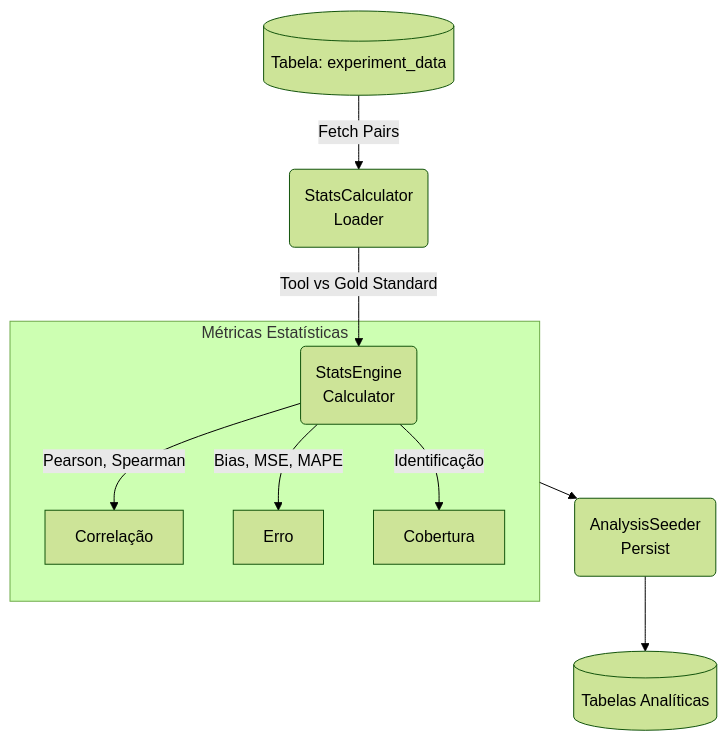
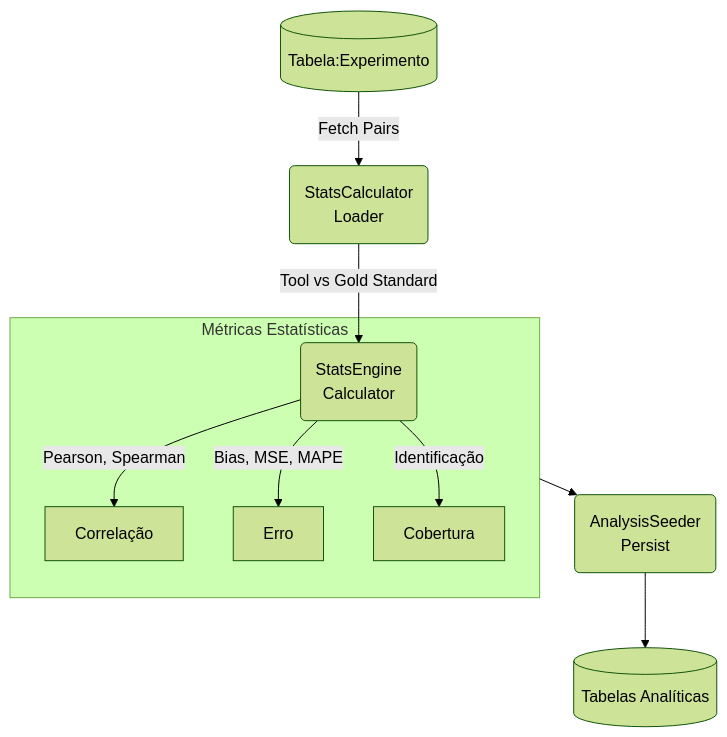
One commit to tiago-rods/NMR-data-analysis changed the second of 2 diagrams in README.md. Above: the diagram before and after it, drawn with Mermaid (forest theme). The commit also changed other lines of this file and 12 other files, not shown here.

````diff
--- a/README.md
+++ b/README.md
@@ -50,14 +50,14 @@
 ```mermaid
 flowchart TD
-    A[(Tabela: experiment_data)] -->|Fetch Pairs| B(StatsCalculator\nLoader)
+    A[(Tabela:Experimento)] -->|Fetch Pairs| B(StatsCalculator\nLoader)
     B -->|Tool vs Gold Standard| C(StatsEngine\nCalculator)
 
     subgraph Calculation [Métricas Estatísticas]
         C -->|Pearson, Spearman| M1[Correlação]
         C -->|Bias, MSE, MAPE| M2[Erro]
         C -->|Identificação| M3[Cobertura]
     end
 
     Calculation --> D(AnalysisSeeder\nPersist)
     D --> E[(Tabelas Analíticas)]
 ```
````
